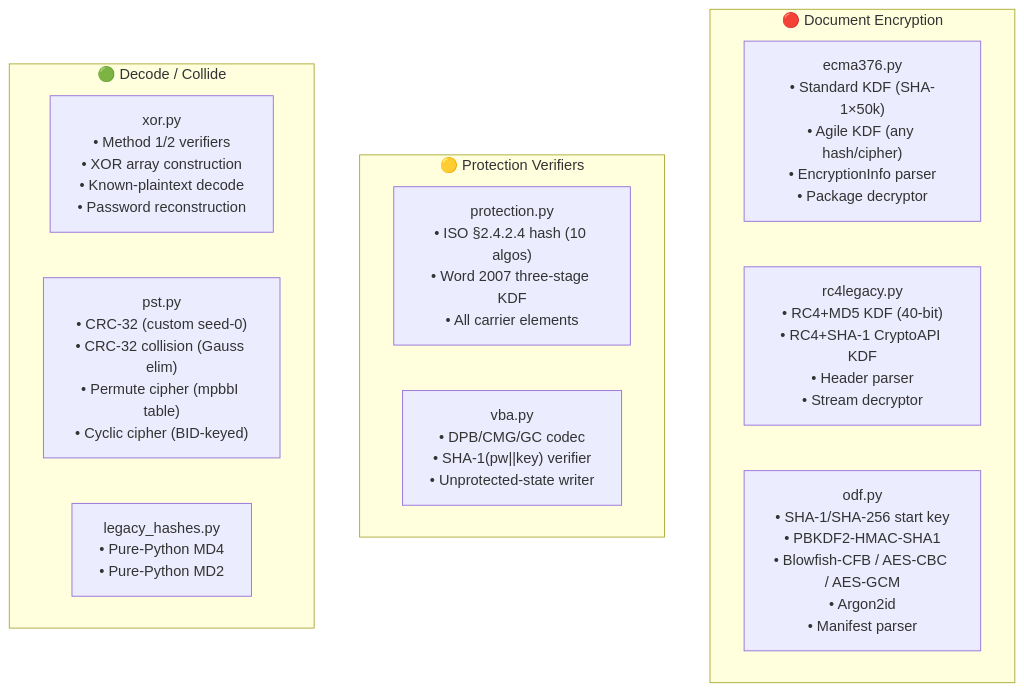
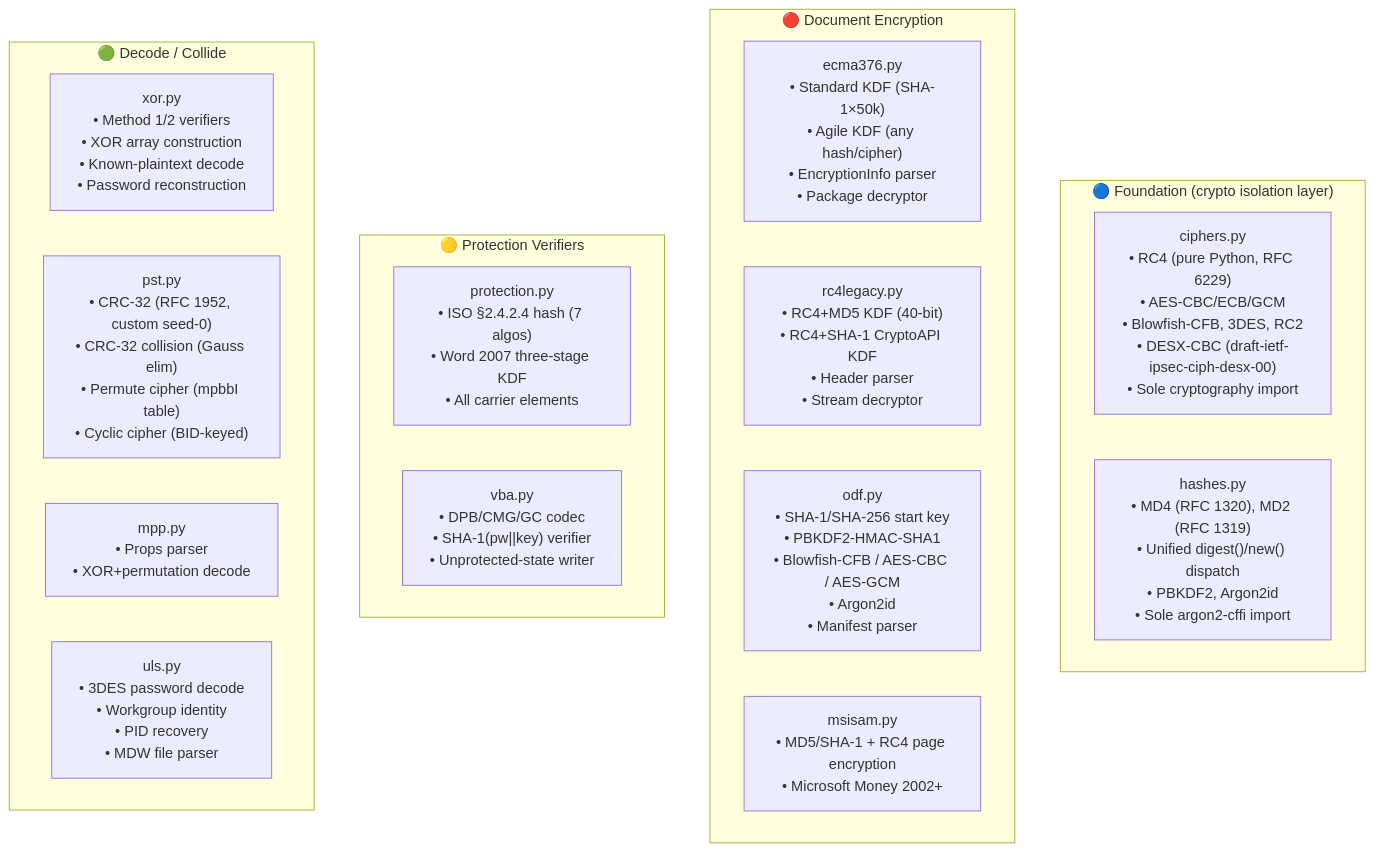
Before and after one commit to StrongWind1/office-password-toolkit: the fourth of 6 diagrams in docs/design/modular-design.md, drawn with Mermaid. The commit also changed other lines of this file, not shown here.

First line of the commit message:
docs: update modular-design.md for ciphers/hashes refactor

````diff
--- a/docs/design/modular-design.md
+++ b/docs/design/modular-design.md
@@ -180,17 +199,23 @@
 ```mermaid
 flowchart TD
+  subgraph FOUNDATION["🔵 Foundation (crypto isolation layer)"]
+    CIPH["ciphers.py\n• RC4 (pure Python, RFC 6229)\n• AES-CBC/ECB/GCM\n• Blowfish-CFB, 3DES, RC2\n• DESX-CBC (draft-ietf-ipsec-ciph-desx-00)\n• Sole cryptography import"]
+    HASH["hashes.py\n• MD4 (RFC 1320), MD2 (RFC 1319)\n• Unified digest()/new() dispatch\n• PBKDF2, Argon2id\n• Sole argon2-cffi import"]
+  end
   subgraph ENC["🔴 Document Encryption"]
     E376["ecma376.py\n• Standard KDF (SHA-1×50k)\n• Agile KDF (any hash/cipher)\n• EncryptionInfo parser\n• Package decryptor"]
     RC4["rc4legacy.py\n• RC4+MD5 KDF (40-bit)\n• RC4+SHA-1 CryptoAPI KDF\n• Header parser\n• Stream decryptor"]
     ODF_C["odf.py\n• SHA-1/SHA-256 start key\n• PBKDF2-HMAC-SHA1\n• Blowfish-CFB / AES-CBC / AES-GCM\n• Argon2id\n• Manifest parser"]
+    MSISAM["msisam.py\n• MD5/SHA-1 + RC4 page encryption\n• Microsoft Money 2002+"]
   end
   subgraph PROT["🟡 Protection Verifiers"]
-    PROTM["protection.py\n• ISO §2.4.2.4 hash (10 algos)\n• Word 2007 three-stage KDF\n• All carrier elements"]
+    PROTM["protection.py\n• ISO §2.4.2.4 hash (7 algos)\n• Word 2007 three-stage KDF\n• All carrier elements"]
     VBAM["vba.py\n• DPB/CMG/GC codec\n• SHA-1(pw||key) verifier\n• Unprotected-state writer"]
   end
   subgraph DECODE["🟢 Decode / Collide"]
     XORM["xor.py\n• Method 1/2 verifiers\n• XOR array construction\n• Known-plaintext decode\n• Password reconstruction"]
-    PSTM["pst.py\n• CRC-32 (custom seed-0)\n• CRC-32 collision (Gauss elim)\n• Permute cipher (mpbbI table)\n• Cyclic cipher (BID-keyed)"]
-    LEGM["legacy_hashes.py\n• Pure-Python MD4\n• Pure-Python MD2"]
+    PSTM["pst.py\n• CRC-32 (RFC 1952, custom seed-0)\n• CRC-32 collision (Gauss elim)\n• Permute cipher (mpbbI table)\n• Cyclic cipher (BID-keyed)"]
+    MPPM["mpp.py\n• Props parser\n• XOR+permutation decode"]
+    ULSM["uls.py\n• 3DES password decode\n• Workgroup identity\n• PID recovery\n• MDW file parser"]
   end
 ```
````
